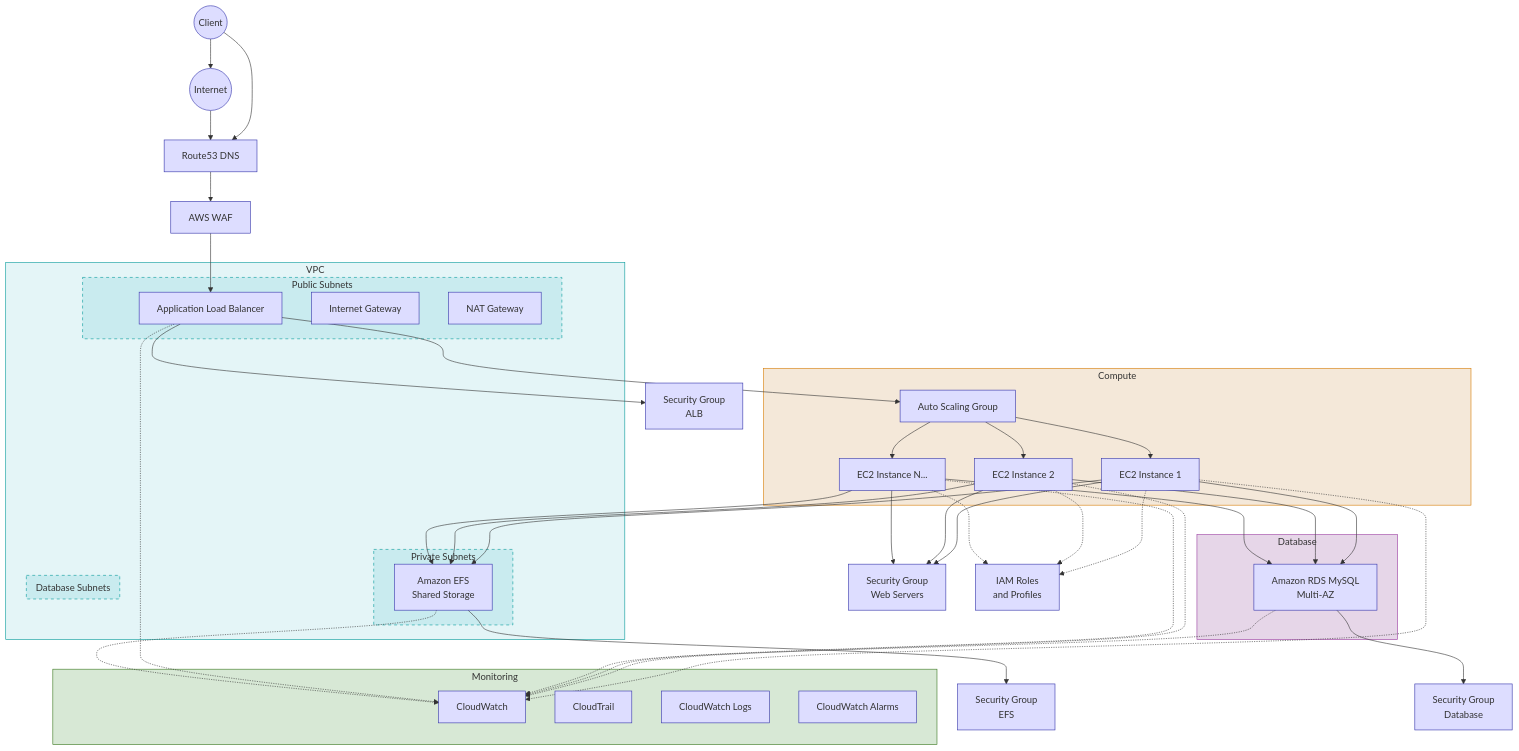
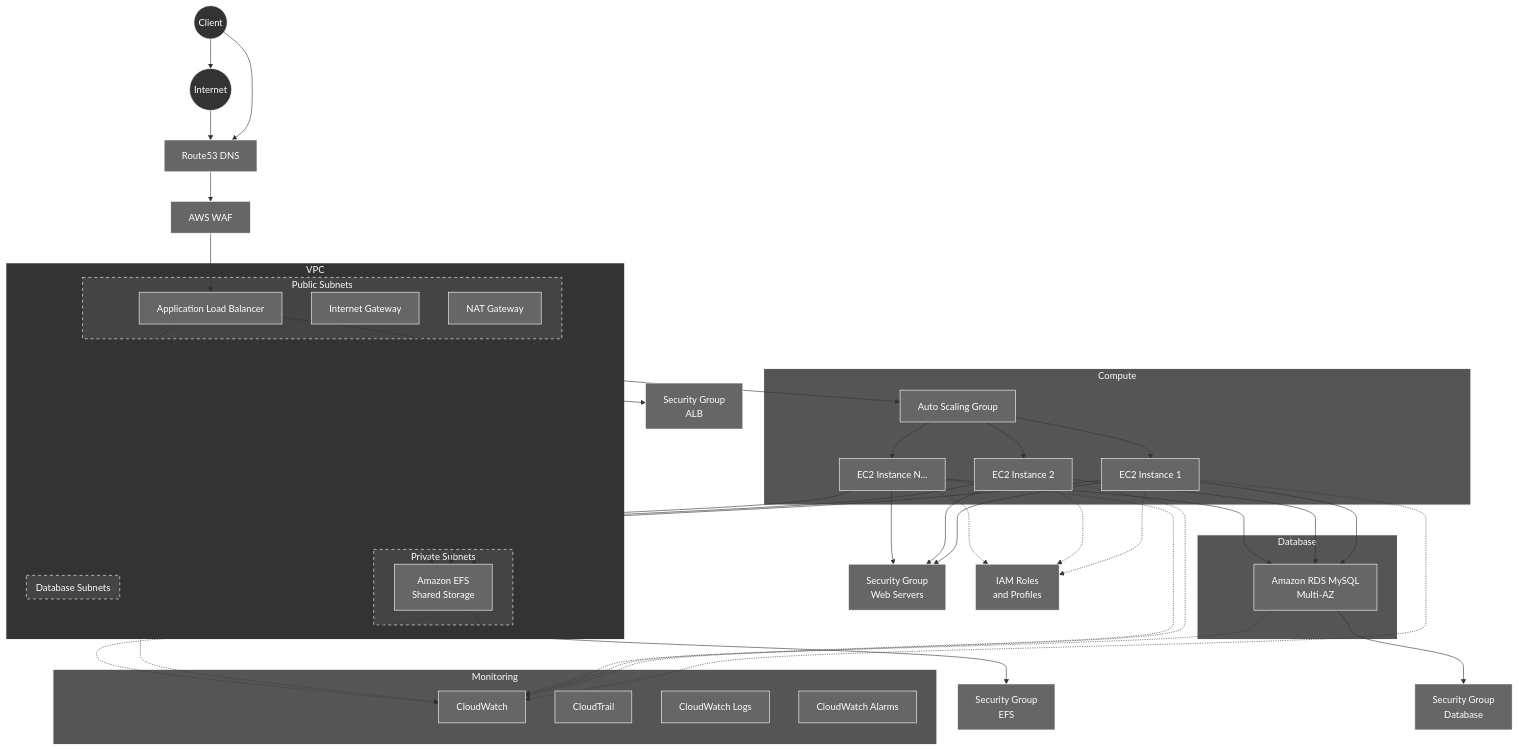
The diagram in aws-terraform-lamp/README.md (tarnover/mcp-sysoperator), drawn with Mermaid before and after one commit.

Commit message:
made black and grey scale mermaid

````diff
--- a/aws-terraform-lamp/README.md
+++ b/aws-terraform-lamp/README.md
@@ -93,15 +93,16 @@
     Client --> Internet((Internet))
     Internet --> Route53
     
-    %% Styling
-    style VPC fill:#e4f5f7,stroke:#099,stroke-width:1px
-    style PublicSubnets fill:#c9ebef,stroke:#099,stroke-dasharray:5 5
-    style PrivateSubnets fill:#c9ebef,stroke:#099,stroke-dasharray:5 5
-    style DatabaseSubnets fill:#c9ebef,stroke:#099,stroke-dasharray:5 5
-    style Compute fill:#f4e8d9,stroke:#d67b00,stroke-width:1px
-    style Database fill:#e6d6e8,stroke:#9a3ca0,stroke-width:1px
-    style Monitoring fill:#d7e8d5,stroke:#38761d,stroke-width:1px
+    %% Styling with high contrast for dark themes
+    style VPC fill:#333333,stroke:#ffffff,stroke-width:2px,color:#ffffff
+    style PublicSubnets fill:#444444,stroke:#ffffff,stroke-dasharray:5 5,color:#ffffff
+    style PrivateSubnets fill:#444444,stroke:#ffffff,stroke-dasharray:5 5,color:#ffffff
+    style DatabaseSubnets fill:#444444,stroke:#ffffff,stroke-dasharray:5 5,color:#ffffff
+    style Compute fill:#555555,stroke:#ffffff,stroke-width:2px,color:#ffffff
+    style Database fill:#555555,stroke:#ffffff,stroke-width:2px,color:#ffffff
+    style Monitoring fill:#555555,stroke:#ffffff,stroke-width:2px,color:#ffffff
     
-    classDef default fill:#ddf,stroke:#33a,stroke-width:1px
-    class Client,Internet none
+    classDef default fill:#666666,stroke:#ffffff,stroke-width:1px,color:#ffffff
+    classDef circleNode fill:#333333,stroke:#ffffff,color:#ffffff
+    class Client,Internet circleNode
 ```
````
